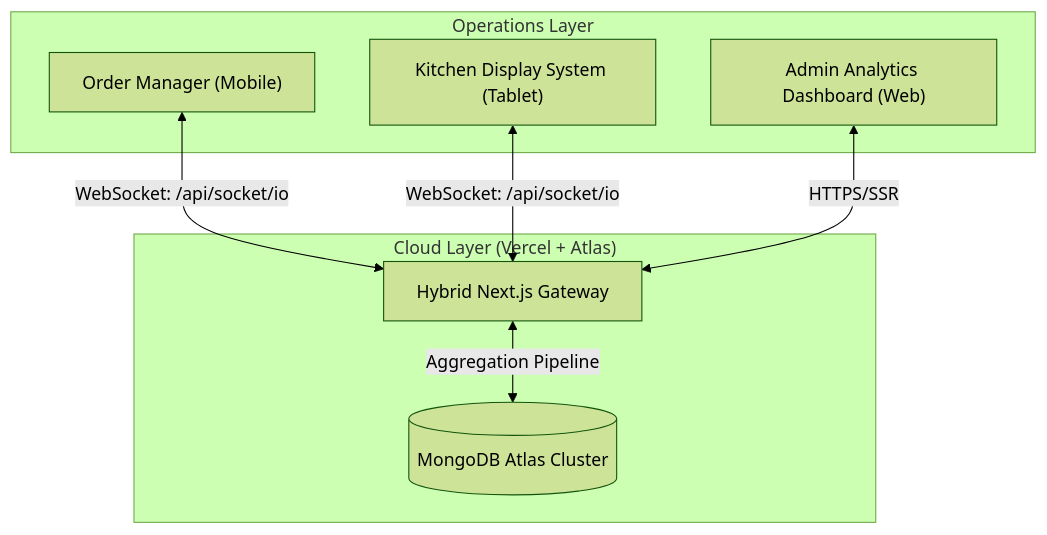
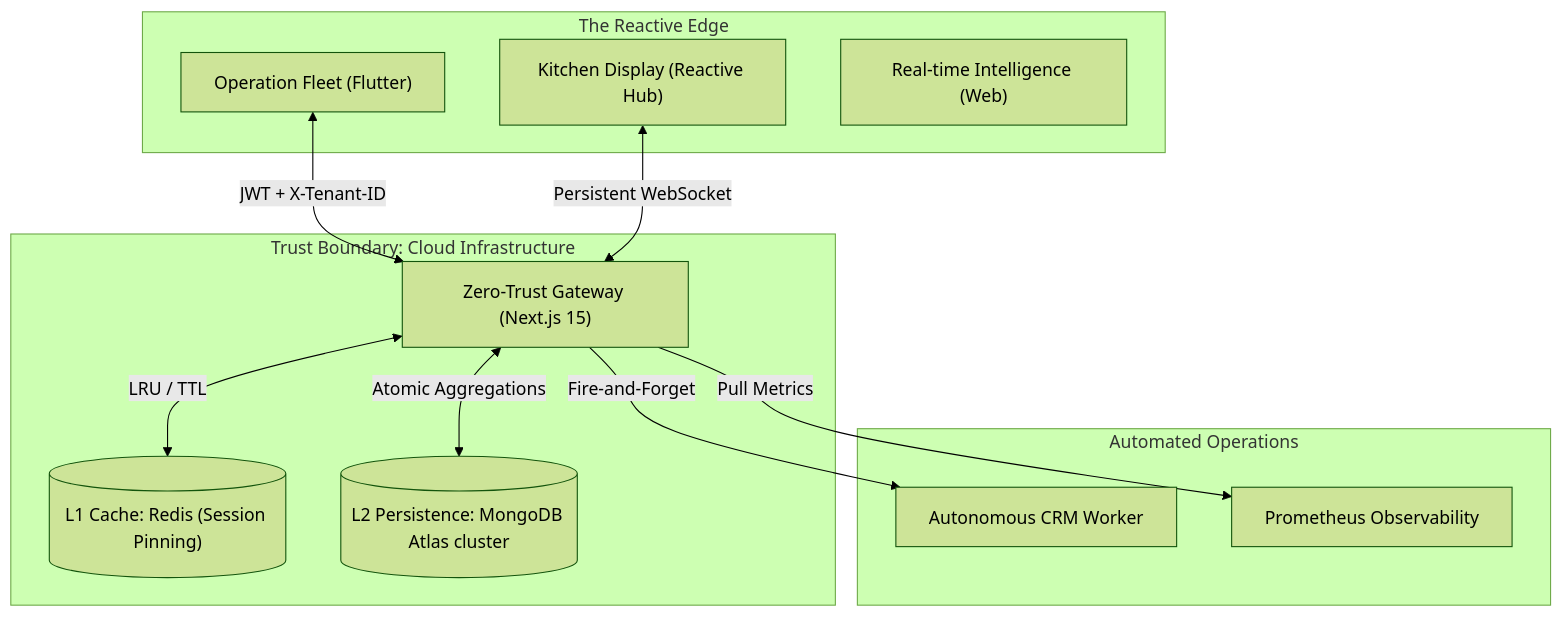
One commit to Dhruv170805/restaurant-billing-app changed the diagram in README.md. Above: the diagram before and after it, drawn with Mermaid (forest theme). The commit also changed other lines of this file and 168 other files, not shown here.

````diff
--- a/README.md
+++ b/README.md
@@ -28,18 +20,26 @@
 ```mermaid
 graph TD
-    subgraph "Cloud Layer (Vercel + Atlas)"
-        WebGate["Hybrid Next.js Gateway"]
-        DB[(MongoDB Atlas Cluster)]
+    subgraph "Trust Boundary: Cloud Infrastructure"
+        Gateway["Zero-Trust Gateway (Next.js 15)"]
+        Redis[("L1 Cache: Redis (Session Pinning)")]
+        Atlas[("L2 Persistence: MongoDB Atlas cluster")]
     end
 
-    subgraph "Operations Layer"
-        KDS["Kitchen Display System (Tablet)"]
-        POS["Order Manager (Mobile)"]
-        Admin["Admin Analytics Dashboard (Web)"]
+    subgraph "The Reactive Edge"
+        KDS["Kitchen Display (Reactive Hub)"]
+        Mobile["Operation Fleet (Flutter)"]
+        Analytics["Real-time Intelligence (Web)"]
     end
 
-    POS <-->|WebSocket: /api/socket/io| WebGate
-    KDS <-->|WebSocket: /api/socket/io| WebGate
-    Admin <-->|HTTPS/SSR| WebGate
-    WebGate <-->|Aggregation Pipeline| DB
+    subgraph "Automated Operations"
+        Worker["Autonomous CRM Worker"]
+        Prom["Prometheus Observability"]
+    end
+
+    Mobile <-->|JWT + X-Tenant-ID| Gateway
+    KDS <-->|Persistent WebSocket| Gateway
+    Gateway <-->|LRU / TTL| Redis
+    Gateway <-->|Atomic Aggregations| Atlas
+    Gateway -->|Fire-and-Forget| Worker
+    Gateway -->|Pull Metrics| Prom
 ```
````
